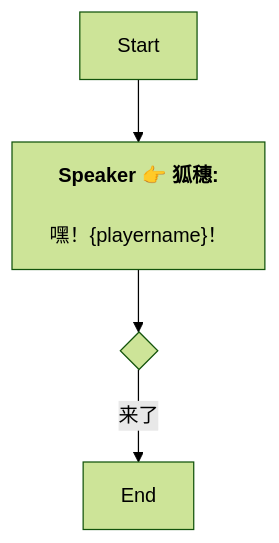
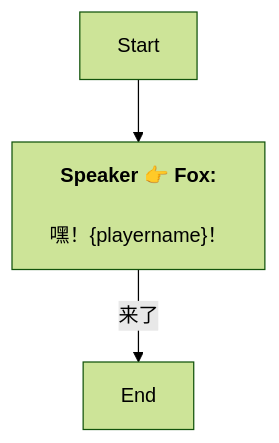
Before and after one commit to SoftHu/tos_avg: the diagram in Zh/QuestStartTalkENode_1751813638943161.md, drawn with Mermaid (forest theme). The commit also changed 737 other files, not shown here.

````diff
--- a/Zh/QuestStartTalkENode_1751813638943161.md
+++ b/Zh/QuestStartTalkENode_1751813638943161.md
@@ -1,9 +1,7 @@
 ```mermaid
 graph
-Start -->1751814007493088[<b>Speaker 👉 狐穗:</b>
+Start -->1751814007493088[<b>Speaker 👉 Fox:</b>
+\n嘿！&lbrace;playername&rbrace;！]
+1751814007493088 -->|来了|1751814479853030[End]
 
-嘿！&lbrace;playername&rbrace;！]
-1751814007493088 -->1751814009403873{ }
-1751814009403873 -->|来了|1751814479853030[End]
-
- ```
+```
````
